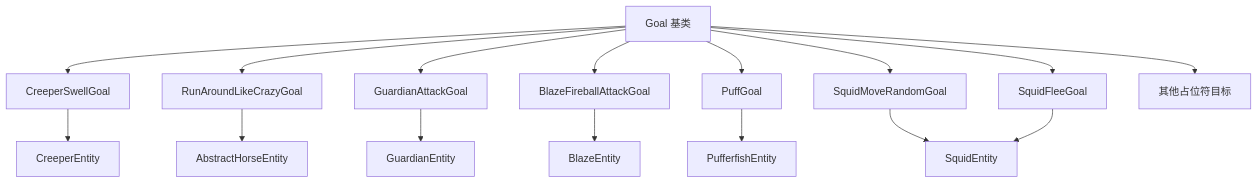
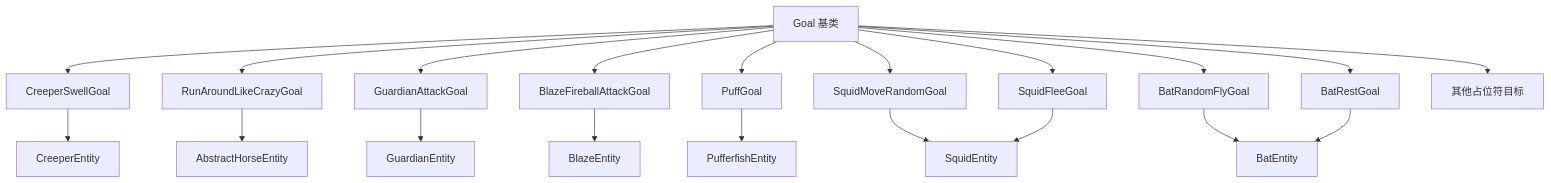
Before and after one commit to g122622/Cubium: the diagram in src/common/entity/ai/goal/goals/special/README.md, drawn with Mermaid. The commit also changed other lines of this file and 1 other file, not shown here.

````diff
--- a/src/common/entity/ai/goal/goals/special/README.md
+++ b/src/common/entity/ai/goal/goals/special/README.md
@@ -386,19 +502,23 @@
 ```mermaid
 graph TD
     A[Goal 基类] --> B[CreeperSwellGoal]
     A --> C[RunAroundLikeCrazyGoal]
     A --> D[GuardianAttackGoal]
     A --> E[BlazeFireballAttackGoal]
     A --> F[PuffGoal]
     A --> G[SquidMoveRandomGoal]
     A --> H[SquidFleeGoal]
+    A --> J[BatRandomFlyGoal]
+    A --> K[BatRestGoal]
     A --> I[其他占位符目标]
 
-    B --> J[CreeperEntity]
-    C --> K[AbstractHorseEntity]
-    D --> L[GuardianEntity]
-    E --> M[BlazeEntity]
-    F --> N[PufferfishEntity]
-    G --> O[SquidEntity]
-    H --> O
+    B --> L[CreeperEntity]
+    C --> M[AbstractHorseEntity]
+    D --> N[GuardianEntity]
+    E --> O[BlazeEntity]
+    F --> P[PufferfishEntity]
+    G --> Q[SquidEntity]
+    H --> Q
+    J --> R[BatEntity]
+    K --> R
 ```
````
